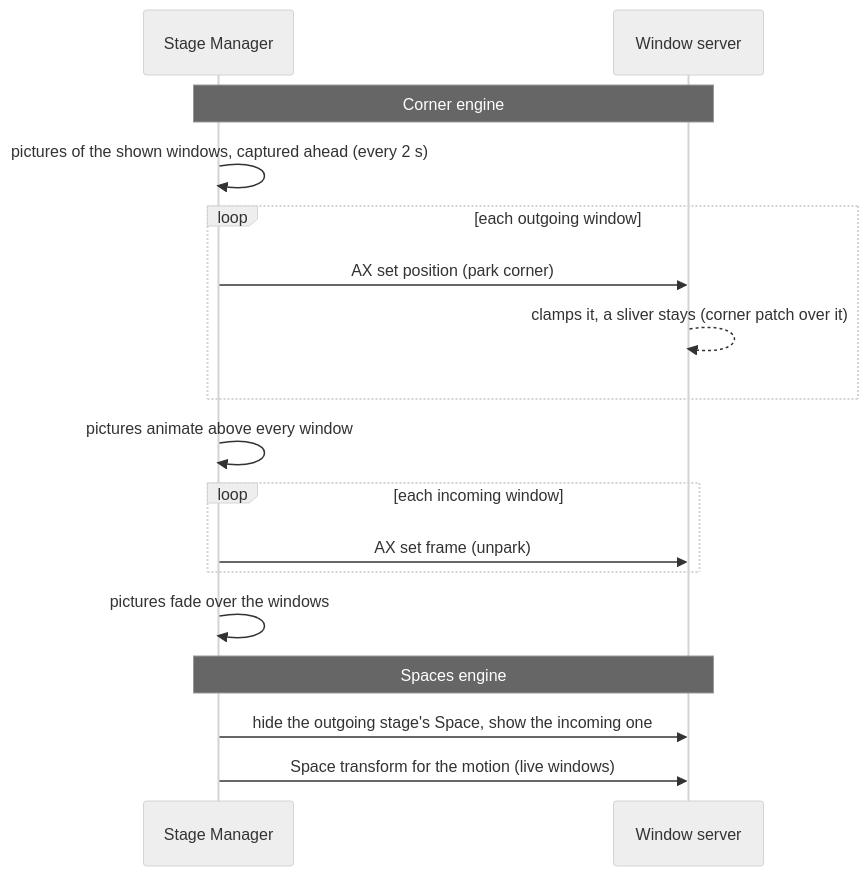
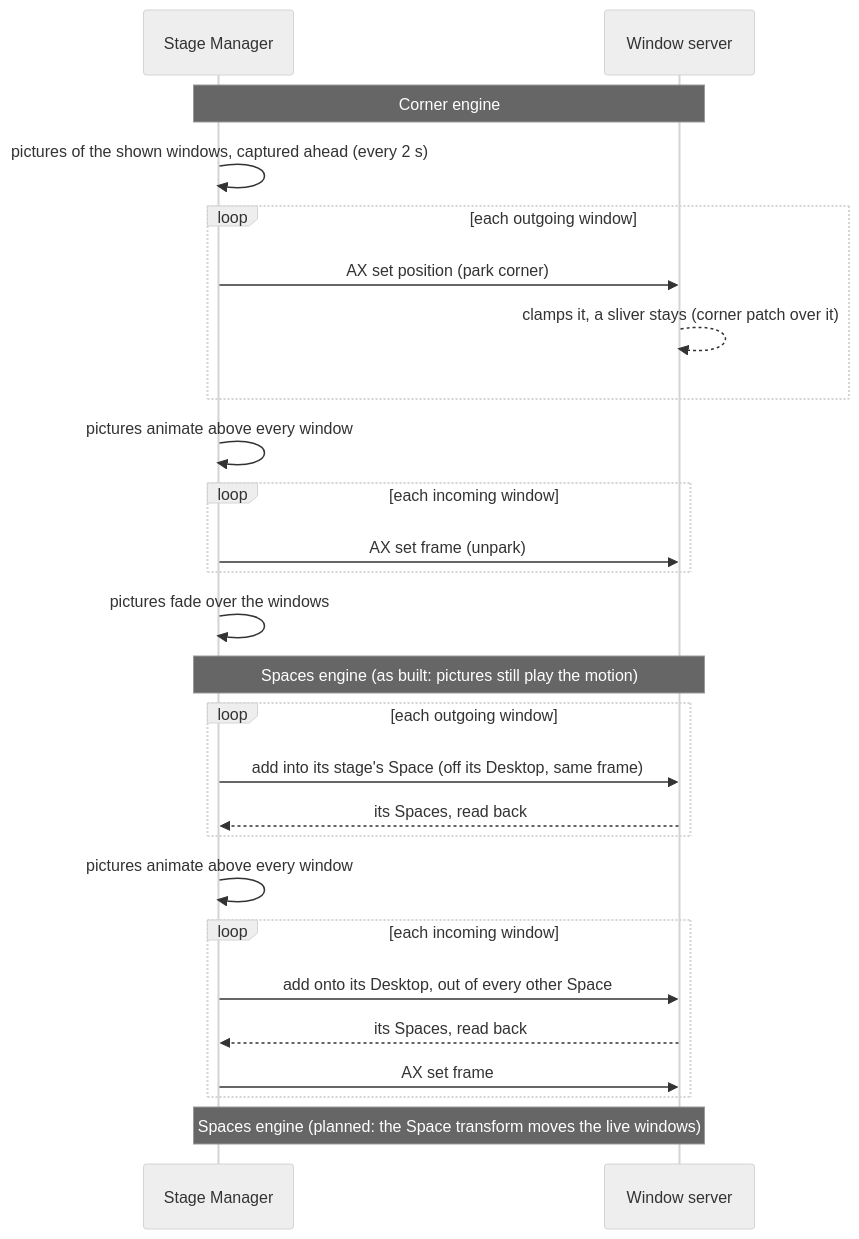
One commit to eugene-tea/stage-manager changed the second of 3 diagrams in docs/ARCHITECTURE.md. Above: the diagram before and after it, drawn with Mermaid (neutral theme). The commit also changed other lines of this file and 9 other files, not shown here.

````diff
--- a/docs/ARCHITECTURE.md
+++ b/docs/ARCHITECTURE.md
@@ -84,19 +85,28 @@
 ```mermaid
 sequenceDiagram
     participant SM as Stage Manager
     participant WS as Window server
     Note over SM,WS: Corner engine
     SM->>SM: pictures of the shown windows, captured ahead (every 2 s)
     loop each outgoing window
         SM->>WS: AX set position (park corner)
         WS-->>WS: clamps it, a sliver stays (corner patch over it)
     end
     SM->>SM: pictures animate above every window
     loop each incoming window
         SM->>WS: AX set frame (unpark)
     end
     SM->>SM: pictures fade over the windows
-    Note over SM,WS: Spaces engine
-    SM->>WS: hide the outgoing stage's Space, show the incoming one
-    SM->>WS: Space transform for the motion (live windows)
+    Note over SM,WS: Spaces engine (as built: pictures still play the motion)
+    loop each outgoing window
+        SM->>WS: add into its stage's Space (off its Desktop, same frame)
+        WS-->>SM: its Spaces, read back
+    end
+    SM->>SM: pictures animate above every window
+    loop each incoming window
+        SM->>WS: add onto its Desktop, out of every other Space
+        WS-->>SM: its Spaces, read back
+        SM->>WS: AX set frame
+    end
+    Note over SM,WS: Spaces engine (planned: the Space transform moves the live windows)
 ```
````
